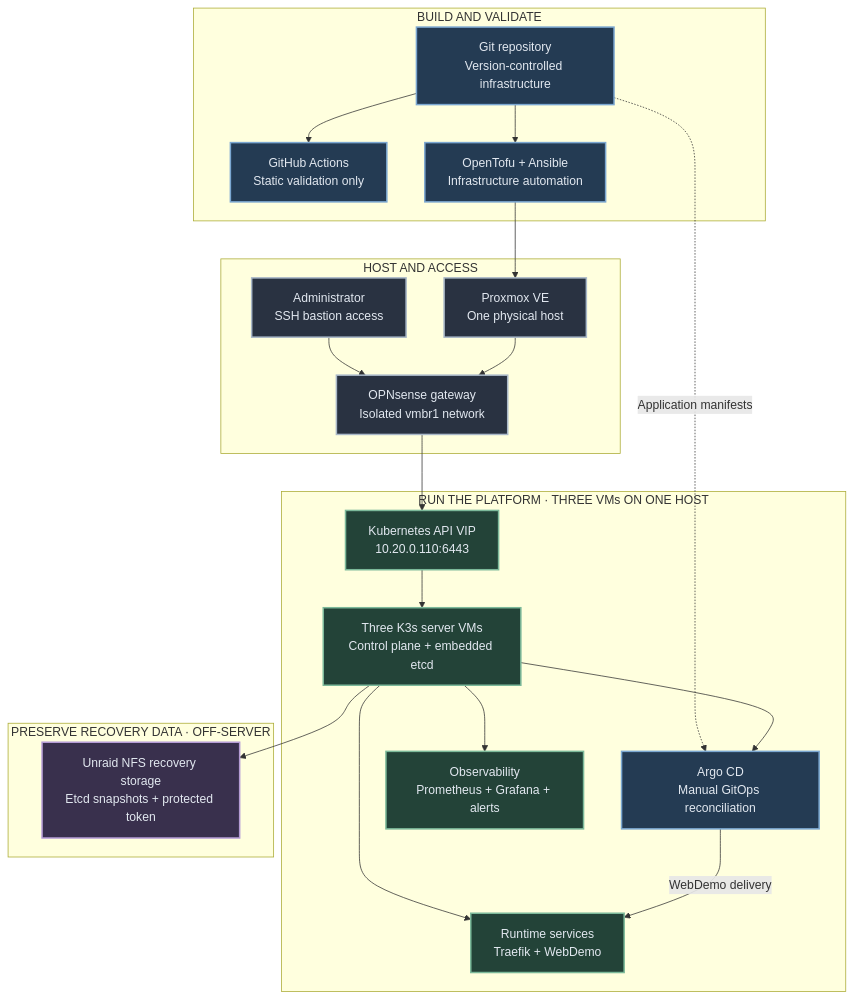
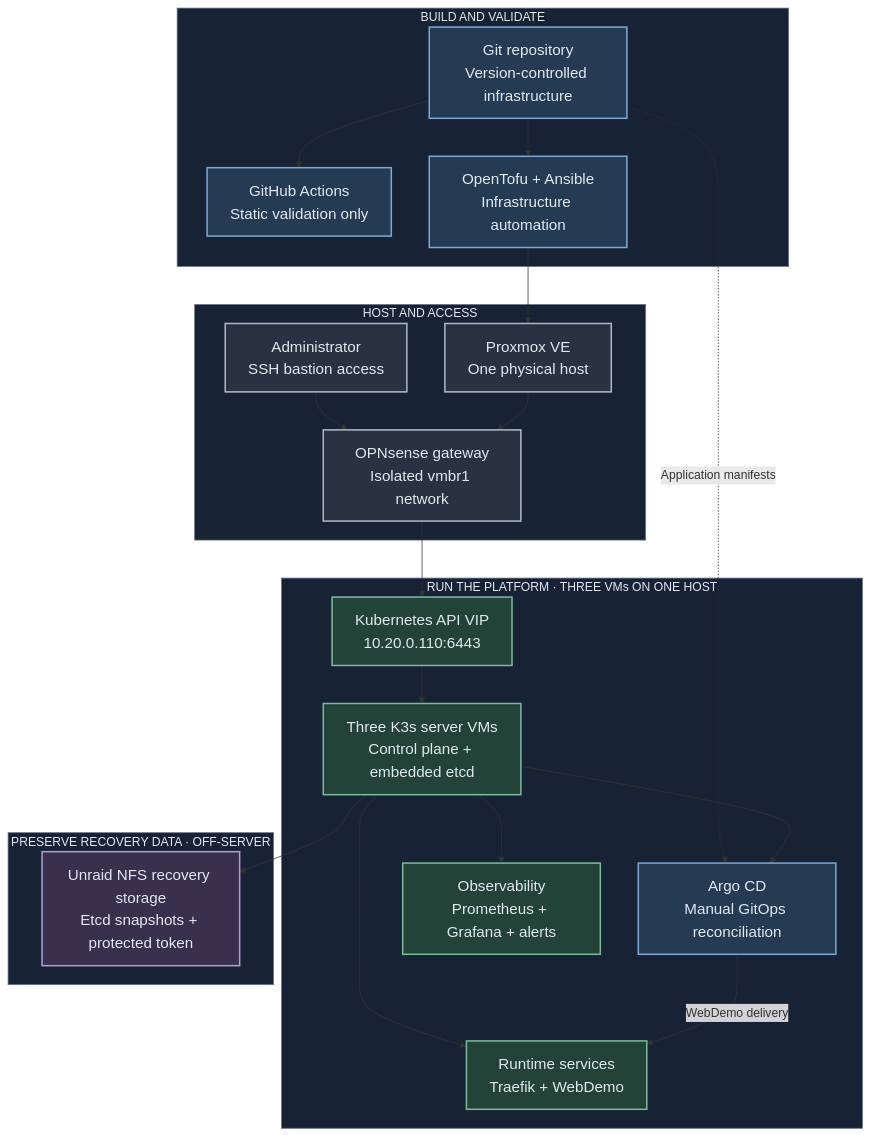
One commit to Capasiter/homelab-portfolio changed the first of 3 diagrams in README.md. Above: the diagram before and after it, drawn with Mermaid. The commit also changed other lines of this file, not shown here.

First line of the commit message:
Keep architecture and supporting details always visible (#51)

````diff
--- a/README.md
+++ b/README.md
@@ -32,45 +32,49 @@
 ```mermaid
 flowchart TB
     subgraph Build["BUILD AND VALIDATE"]
         Git["Git repository<br/>Version-controlled infrastructure"]
         CI["GitHub Actions<br/>Static validation only"]
         Automation["OpenTofu + Ansible<br/>Infrastructure automation"]
         Git --> CI
         Git --> Automation
     end
     subgraph Access["HOST AND ACCESS"]
         Proxmox["Proxmox VE<br/>One physical host"]
         Admin["Administrator<br/>SSH bastion access"]
         Gateway["OPNsense gateway<br/>Isolated vmbr1 network"]
         Proxmox --> Gateway
         Admin --> Gateway
     end
     subgraph Platform["RUN THE PLATFORM · THREE VMs ON ONE HOST"]
         VIP["Kubernetes API VIP<br/>10.20.0.110:6443"]
         Cluster["Three K3s server VMs<br/>Control plane + embedded etcd"]
         Argo["Argo CD<br/>Manual GitOps reconciliation"]
         Services["Runtime services<br/>Traefik + WebDemo"]
         Observe["Observability<br/>Prometheus + Grafana + alerts"]
         VIP --> Cluster
         Cluster --> Argo
         Argo -->|WebDemo delivery| Services
         Cluster --> Services
         Cluster --> Observe
     end
     subgraph Recovery["PRESERVE RECOVERY DATA · OFF-SERVER"]
         Backup["Unraid NFS recovery storage<br/>Etcd snapshots + protected token"]
     end
     Automation --> Proxmox
     Gateway --> VIP
     Git -.->|Application manifests| Argo
     Cluster --> Backup
-    classDef blue fill:#243b53,stroke:#7ba7d1,color:#e2e8f0,stroke-width:2px
-    classDef green fill:#234338,stroke:#7cb99a,color:#e2e8f0,stroke-width:2px
-    classDef purple fill:#39304d,stroke:#b49bd4,color:#e2e8f0,stroke-width:2px
-    classDef gray fill:#293241,stroke:#a9b8c8,color:#e2e8f0,stroke-width:2px
-    classDef amber fill:#4a3b24,stroke:#d7b77b,color:#e2e8f0,stroke-width:2px
+    classDef blue fill:#243b53,stroke:#7ba7d1,color:#e2e8f0,stroke-width:2px,font-size:20px
+    classDef green fill:#234338,stroke:#7cb99a,color:#e2e8f0,stroke-width:2px,font-size:20px
+    classDef purple fill:#39304d,stroke:#b49bd4,color:#e2e8f0,stroke-width:2px,font-size:20px
+    classDef gray fill:#293241,stroke:#a9b8c8,color:#e2e8f0,stroke-width:2px,font-size:20px
+    classDef amber fill:#4a3b24,stroke:#d7b77b,color:#e2e8f0,stroke-width:2px,font-size:20px
     class Git,CI,Automation,Argo blue
     class Proxmox,Admin,Gateway gray
     class VIP,Cluster,Services,Observe green
     class Backup purple
+    style Build fill:#182235,stroke:#64748b,color:#e2e8f0
+    style Access fill:#182235,stroke:#64748b,color:#e2e8f0
+    style Platform fill:#182235,stroke:#64748b,color:#e2e8f0
+    style Recovery fill:#182235,stroke:#64748b,color:#e2e8f0
 ```
````
